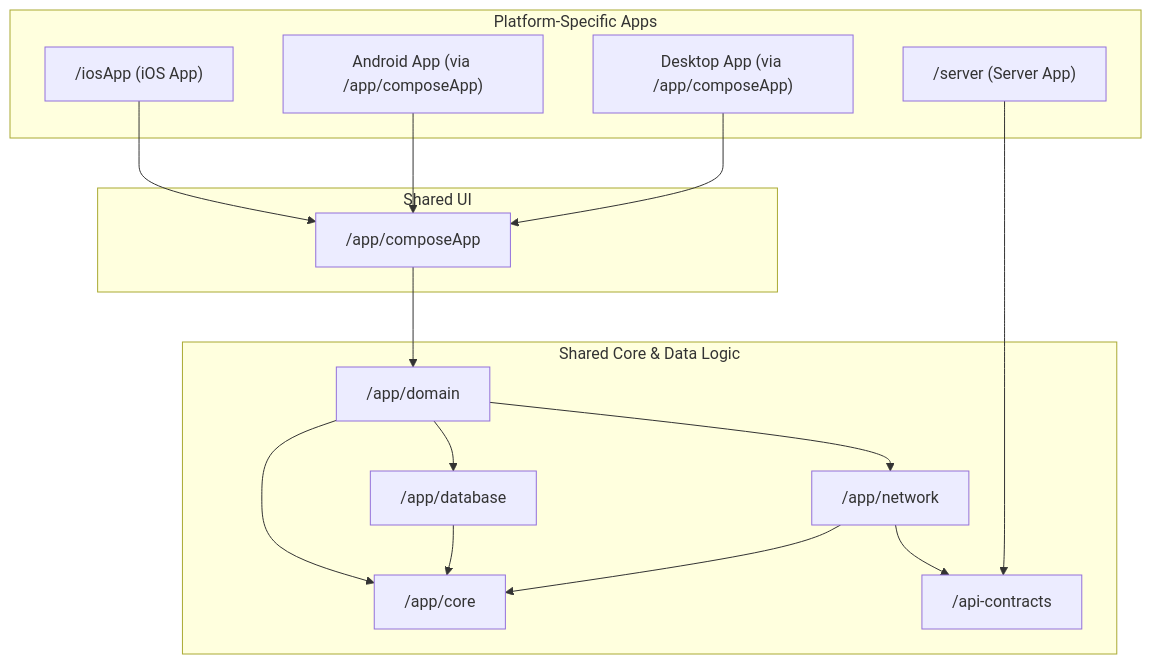
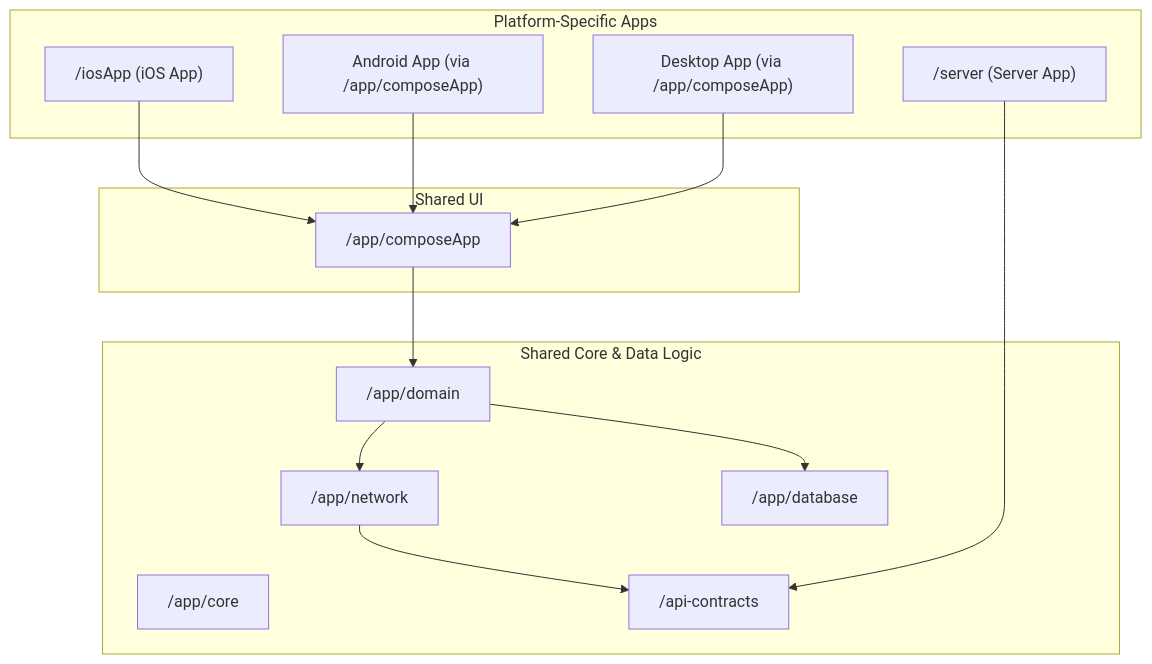
One commit to GautierLouis/Sample-Compose-Multiplatform changed the diagram in README.md. Above: the diagram before and after it, drawn with Mermaid. The commit also changed 98 other files, not shown here.

````diff
--- a/README.md
+++ b/README.md
@@ -11,38 +11,35 @@
 ```mermaid
 graph TD
     subgraph "Platform-Specific Apps"
         A1["/iosApp (iOS App)"]
         A2["Android App (via /app/composeApp)"]
         A3["Desktop App (via /app/composeApp)"]
         S["/server (Server App)"]
     end
 
     subgraph "Shared UI"
         UI["/app/composeApp"]
     end
 
     subgraph "Shared Core & Data Logic"
         C["/app/core"]
         D["/app/domain"]
         N["/app/network"]
         DB["/app/database"]
         AC["/api-contracts"]
     end
 
     %% Application Dependencies
     A1 --> UI
     A2 --> UI
     A3 --> UI
 
     %% UI Dependencies
     UI --> D
 
     %% Core Logic Dependencies
     D --> DB
     D --> N
-    D --> C
-    DB --> C
-    N --> C
     N --> AC
     S --> AC
 ```
````
